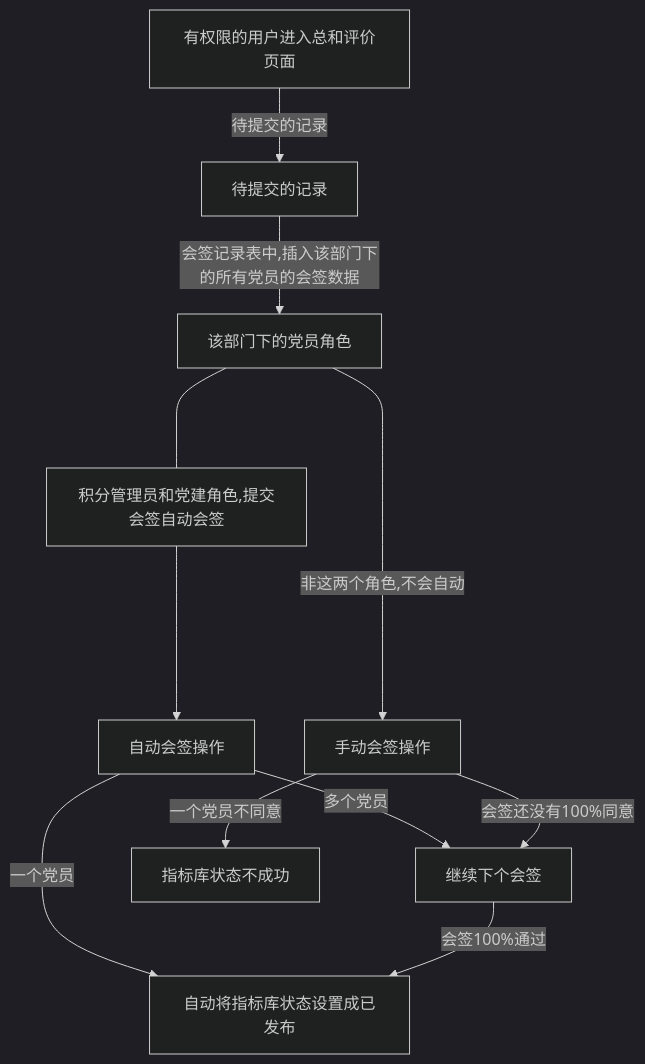
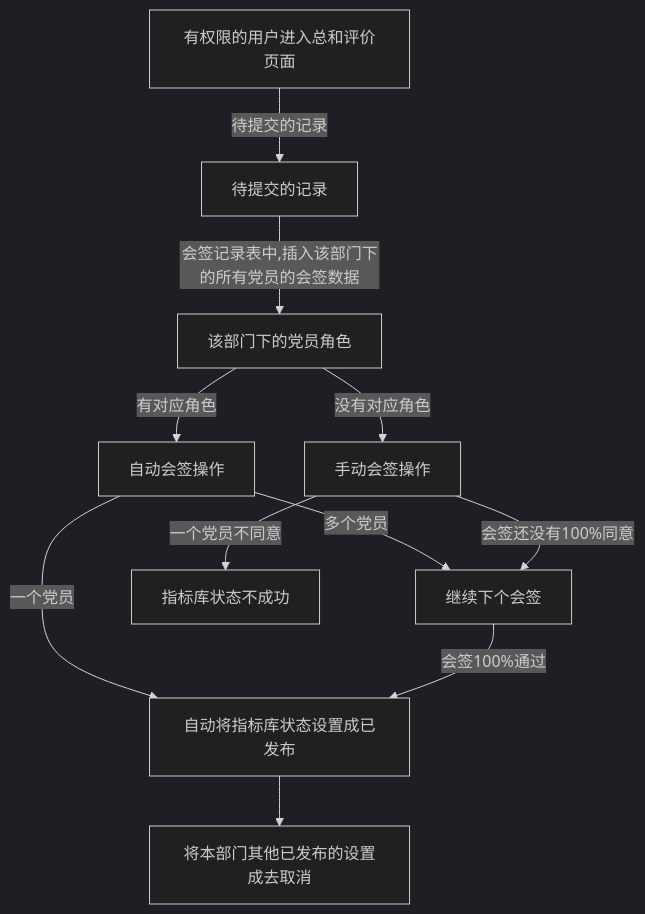
Before and after one commit to sunnynie/note: the first of 17 diagrams in bw/bw交接内容.markdown, drawn with Mermaid (dark theme). The commit also changed other lines of this file, not shown here.

````diff
--- a/bw/bw交接内容.markdown
+++ b/bw/bw交接内容.markdown
@@ -37,13 +38,13 @@
 ```mermaid
 graph TB
 有权限的用户进入总和评价页面 --待提交的记录--> 待提交的记录
 待提交的记录 --会签记录表中,插入该部门下的所有党员的会签数据-->该部门下的党员角色
-该部门下的党员角色 --非这两个角色,不会自动--> 手动会签操作
-该部门下的党员角色 ----积分管理员和党建角色,提交会签自动会签----> 自动会签操作
+该部门下的党员角色 --没有对应角色--> 手动会签操作
+该部门下的党员角色 --有对应角色--> 自动会签操作
 自动会签操作 --一个党员--> 自动将指标库状态设置成已发布
 自动会签操作 --多个党员--> 继续下个会签
 手动会签操作 --会签还没有100%同意--> 继续下个会签 
 继续下个会签 --会签100%通过--> 自动将指标库状态设置成已发布
 手动会签操作 --一个党员不同意--> 指标库状态不成功
-
+自动将指标库状态设置成已发布 --> 将本部门其他已发布的设置成去取消
 ```
````
